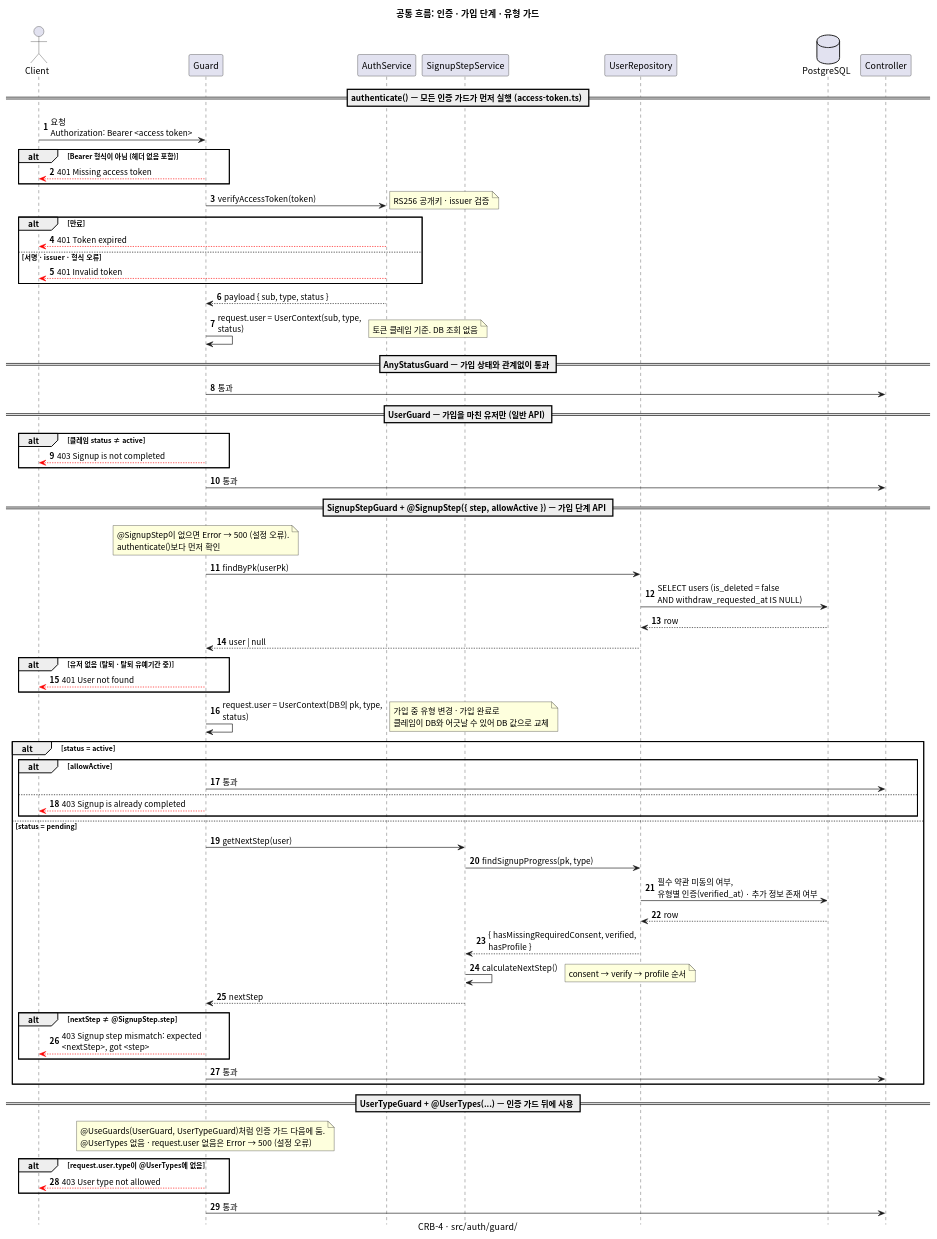
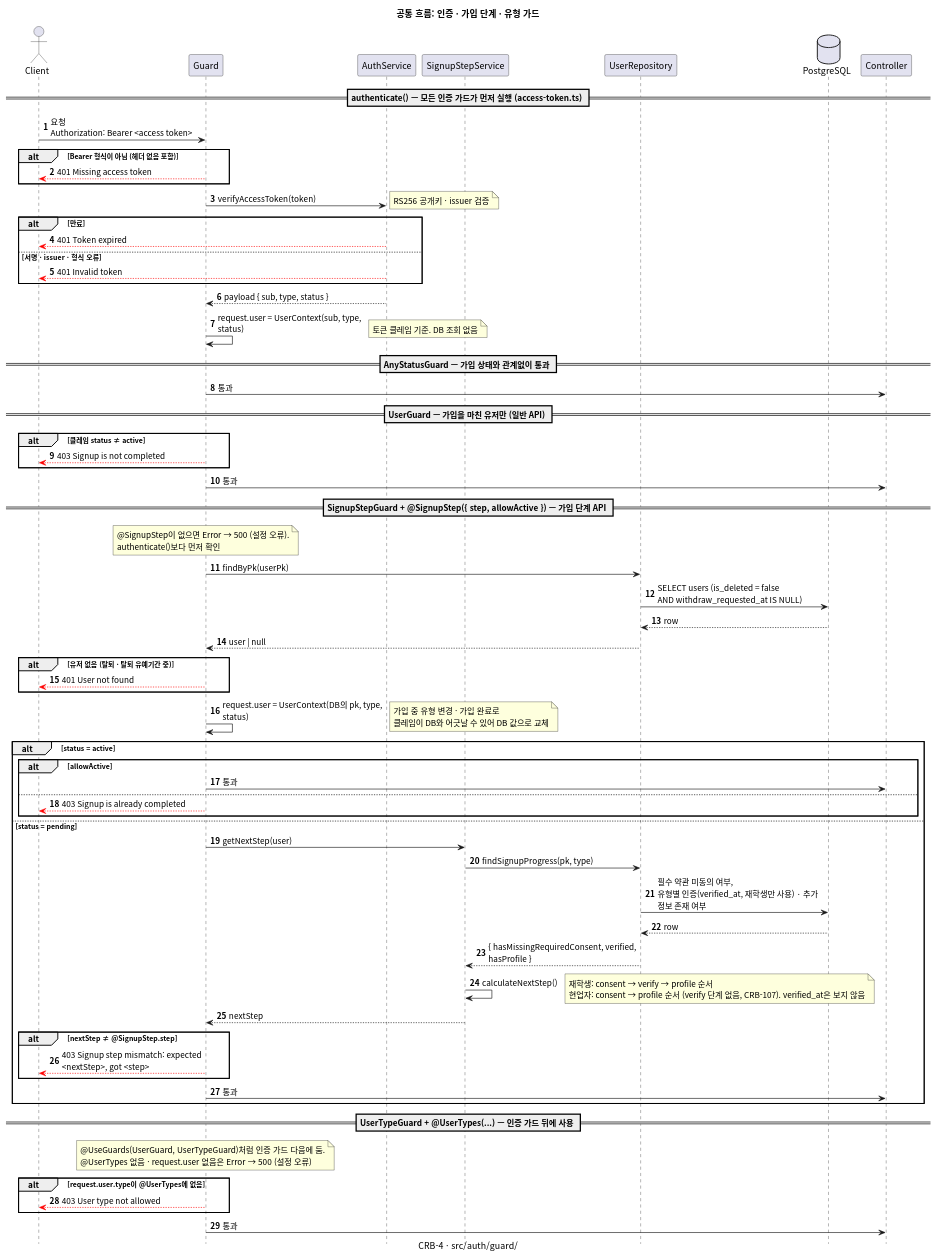
One commit to gsainfoteam/cheers-be changed the diagram in docs/sequence/flow/auth-guards.puml. Above: the diagram before and after it, drawn with PlantUML. The commit also changed 12 other files, not shown here.

Commit message:
- docs: update sequence diagrams for graduated signup without verify (CRB-107)

```diff
--- a/docs/sequence/flow/auth-guards.puml
+++ b/docs/sequence/flow/auth-guards.puml
@@ -1,100 +1,103 @@
 @startuml auth-guards
 skinparam defaultFontName "Apple SD Gothic Neo", "Noto Sans CJK KR", sans-serif
 skinparam responseMessageBelowArrow true
 skinparam sequenceMessageAlign left
 skinparam maxMessageSize 260
 skinparam BoxPadding 8
 skinparam shadowing false
 autonumber
 hide footbox
 
 title 공통 흐름: 인증 · 가입 단계 · 유형 가드
 caption CRB-4 · src/auth/guard/
 
 actor Client
 participant "Guard" as Guard
 participant "AuthService" as AuthService
 participant "SignupStepService" as SignupStepService
 participant "UserRepository" as UserRepository
 database PostgreSQL
 participant "Controller" as Controller
 
 == authenticate() — 모든 인증 가드가 먼저 실행 (access-token.ts) ==
 
 Client -> Guard: 요청\nAuthorization: Bearer <access token>
 alt Bearer 형식이 아님 (헤더 없음 포함)
   Guard -[#red]-> Client: 401 Missing access token
 end
 Guard -> AuthService: verifyAccessToken(token)
 note right: RS256 공개키 · issuer 검증
 alt 만료
   AuthService -[#red]-> Client: 401 Token expired
 else 서명 · issuer · 형식 오류
   AuthService -[#red]-> Client: 401 Invalid token
 end
 AuthService --> Guard: payload { sub, type, status }
 Guard -> Guard: request.user = UserContext(sub, type, status)
 note right: 토큰 클레임 기준. DB 조회 없음
 
 == AnyStatusGuard — 가입 상태와 관계없이 통과 ==
 
 Guard -> Controller: 통과
 
 == UserGuard — 가입을 마친 유저만 (일반 API) ==
 
 alt 클레임 status ≠ active
   Guard -[#red]-> Client: 403 Signup is not completed
 end
 Guard -> Controller: 통과
 
 == SignupStepGuard + @SignupStep({ step, allowActive }) — 가입 단계 API ==
 
 note over Guard
   @SignupStep이 없으면 Error → 500 (설정 오류).
   authenticate()보다 먼저 확인
 end note
 Guard -> UserRepository: findByPk(userPk)
 UserRepository -> PostgreSQL: SELECT users (is_deleted = false\nAND withdraw_requested_at IS NULL)
 PostgreSQL --> UserRepository: row
 UserRepository --> Guard: user | null
 alt 유저 없음 (탈퇴 · 탈퇴 유예기간 중)
   Guard -[#red]-> Client: 401 User not found
 end
 Guard -> Guard: request.user = UserContext(DB의 pk, type, status)
 note right
   가입 중 유형 변경 · 가입 완료로
   클레임이 DB와 어긋날 수 있어 DB 값으로 교체
 end note
 alt status = active
   alt allowActive
     Guard -> Controller: 통과
   else
     Guard -[#red]-> Client: 403 Signup is already completed
   end
 else status = pending
   Guard -> SignupStepService: getNextStep(user)
   SignupStepService -> UserRepository: findSignupProgress(pk, type)
-  UserRepository -> PostgreSQL: 필수 약관 미동의 여부,\n유형별 인증(verified_at) · 추가 정보 존재 여부
+  UserRepository -> PostgreSQL: 필수 약관 미동의 여부,\n유형별 인증(verified_at, 재학생만 사용) · 추가 정보 존재 여부
   PostgreSQL --> UserRepository: row
   UserRepository --> SignupStepService: { hasMissingRequiredConsent, verified, hasProfile }
   SignupStepService -> SignupStepService: calculateNextStep()
-  note right: consent → verify → profile 순서
+  note right
+    재학생: consent → verify → profile 순서
+    현업자: consent → profile 순서 (verify 단계 없음, CRB-107). verified_at은 보지 않음
+  end note
   SignupStepService --> Guard: nextStep
   alt nextStep ≠ @SignupStep.step
     Guard -[#red]-> Client: 403 Signup step mismatch: expected <nextStep>, got <step>
   end
   Guard -> Controller: 통과
 end
 
 == UserTypeGuard + @UserTypes(...) — 인증 가드 뒤에 사용 ==
 
 note over Guard
   @UseGuards(UserGuard, UserTypeGuard)처럼 인증 가드 다음에 둠.
   @UserTypes 없음 · request.user 없음은 Error → 500 (설정 오류)
 end note
 alt request.user.type이 @UserTypes에 없음
   Guard -[#red]-> Client: 403 User type not allowed
 end
 Guard -> Controller: 통과
 
 @enduml
```
